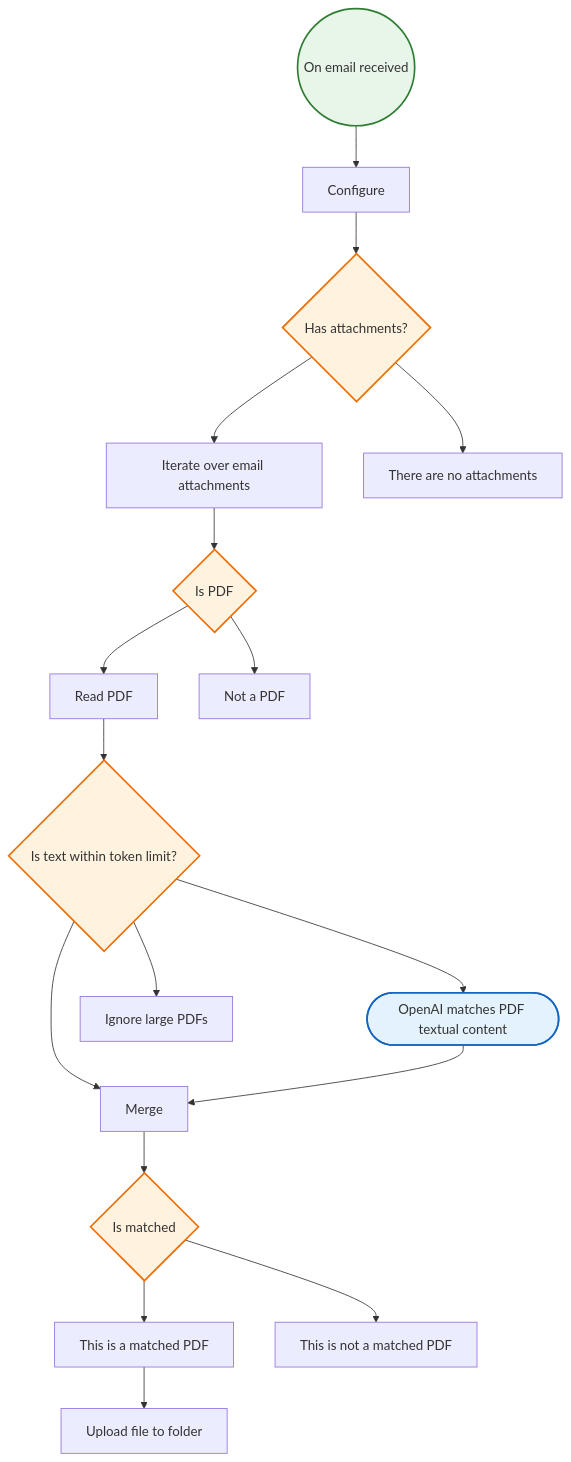
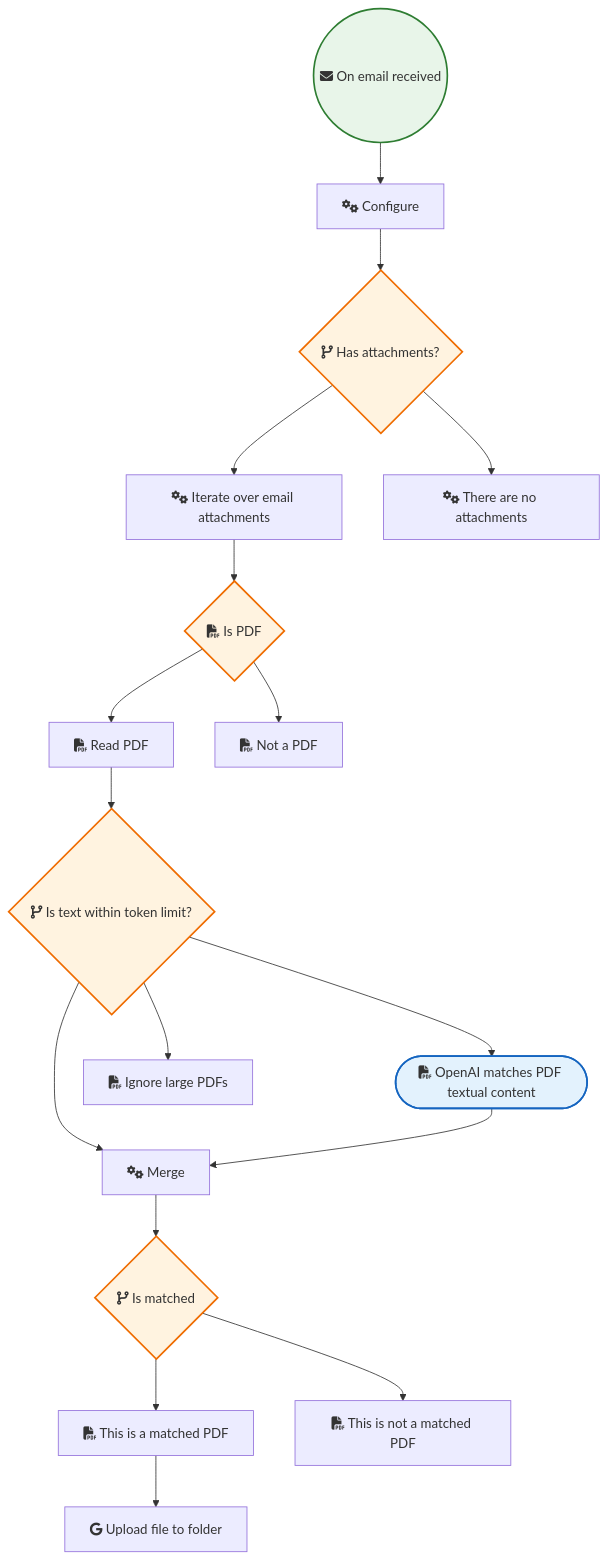
Before and after one commit to sreyash3105/N8N-DEMO-AUTOMATIONS: the diagram in Gmail_and_Email_Automation/Send specific PDF attachments from Gmail to Google Drive using OpenAI.md, drawn with Mermaid. The commit also changed 291 other files, not shown here.

````diff
--- a/Gmail_and_Email_Automation/Send specific PDF attachments from Gmail to Google Drive using OpenAI.md
+++ b/Gmail_and_Email_Automation/Send specific PDF attachments from Gmail to Google Drive using OpenAI.md
@@ -1,40 +1,40 @@
 ```mermaid
 graph TD
     classDef trigger fill:#e8f5e9,stroke:#2e7d32,stroke-width:2px;
     classDef ai fill:#e3f2fd,stroke:#1565c0,stroke-width:2px;
     classDef logic fill:#fff3e0,stroke:#ef6c00,stroke-width:2px;
 
-    Read_PDF["Read PDF"]
-    Configure["Configure"]
-    Is_PDF{"Is PDF"}:::logic
-    Not_a_PDF["Not a PDF"]
-    Is_matched{"Is matched"}:::logic
-    This_is_a_matched_PDF["This is a matched PDF"]
-    This_is_not_a_matched_PDF["This is not a matched PDF"]
-    Iterate_over_email_attachments["Iterate over email attachments"]
-    OpenAI_matches_PDF_textual_content(["OpenAI matches PDF textual content"]):::ai
-    Merge["Merge"]
-    Upload_file_to_folder["Upload file to folder"]
-    On_email_received(("On email received")):::trigger
-    Ignore_large_PDFs["Ignore large PDFs"]
-    Is_text_within_token_limit_{"Is text within token limit?"}:::logic
-    Has_attachments_{"Has attachments?"}:::logic
-    There_are_no_attachments["There are no attachments"]
+    Read_PDF["fas:fa-file-pdf Read PDF"]
+    Configure["fas:fa-cogs Configure"]
+    Is_PDF{"fas:fa-file-pdf Is PDF"}:::logic
+    Not_a_PDF["fas:fa-file-pdf Not a PDF"]
+    Is_matched{"fas:fa-code-branch Is matched"}:::logic
+    This_is_a_matched_PDF["fas:fa-file-pdf This is a matched PDF"]
+    This_is_not_a_matched_PDF["fas:fa-file-pdf This is not a matched PDF"]
+    Iterate_over_email_attachments["fas:fa-cogs Iterate over email attachments"]
+    OpenAI_matches_PDF_textual_content(["fas:fa-file-pdf OpenAI matches PDF textual content"]):::ai
+    Merge["fas:fa-cogs Merge"]
+    Upload_file_to_folder["fab:fa-google Upload file to folder"]
+    On_email_received(("fas:fa-envelope On email received")):::trigger
+    Ignore_large_PDFs["fas:fa-file-pdf Ignore large PDFs"]
+    Is_text_within_token_limit_{"fas:fa-code-branch Is text within token limit?"}:::logic
+    Has_attachments_{"fas:fa-code-branch Has attachments?"}:::logic
+    There_are_no_attachments["fas:fa-cogs There are no attachments"]
 
     Merge --> Is_matched
     Is_PDF --> Read_PDF
     Is_PDF --> Not_a_PDF
     Read_PDF --> Is_text_within_token_limit_
     Configure --> Has_attachments_
     Is_matched --> This_is_a_matched_PDF
     Is_matched --> This_is_not_a_matched_PDF
     Has_attachments_ --> Iterate_over_email_attachments
     Has_attachments_ --> There_are_no_attachments
     On_email_received --> Configure
     This_is_a_matched_PDF --> Upload_file_to_folder
     Is_text_within_token_limit_ --> OpenAI_matches_PDF_textual_content
     Is_text_within_token_limit_ --> Merge
     Is_text_within_token_limit_ --> Ignore_large_PDFs
     Iterate_over_email_attachments --> Is_PDF
     OpenAI_matches_PDF_textual_content --> Merge
 ```
````
